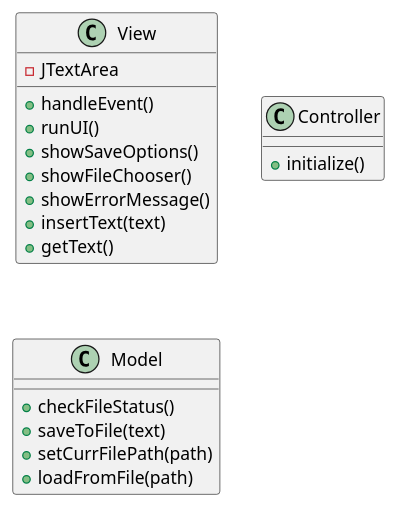
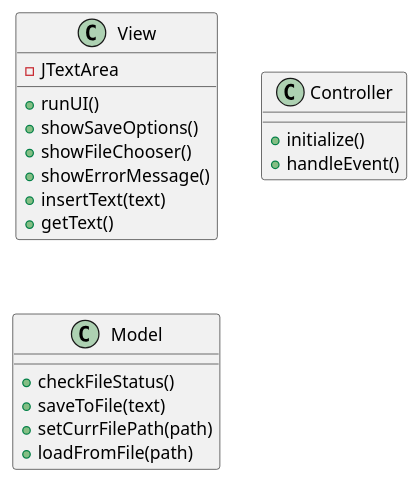
The diagram in laboration-1/src/class-design.puml (Joelpettersson35/design-patterns-java), drawn with PlantUML before and after one commit. The commit also changed other lines of this file and 14 other files, not shown here.

Commit message:
design klar utom klassdiagram

```diff
--- a/laboration-1/src/class-design.puml
+++ b/laboration-1/src/class-design.puml
@@ -1,25 +1,25 @@
 @startuml
 
 class View{
 - JTextArea
 
-+ handleEvent()
 + runUI()
 + showSaveOptions()
 + showFileChooser()
 + showErrorMessage()
 + insertText(text)
 + getText()
 }
 
 class Controller{
 + initialize()
++ handleEvent()
 }
 
 class Model{
 + checkFileStatus()
 + saveToFile(text)
 + setCurrFilePath(path)
 + loadFromFile(path)
 }
 @enduml
```
